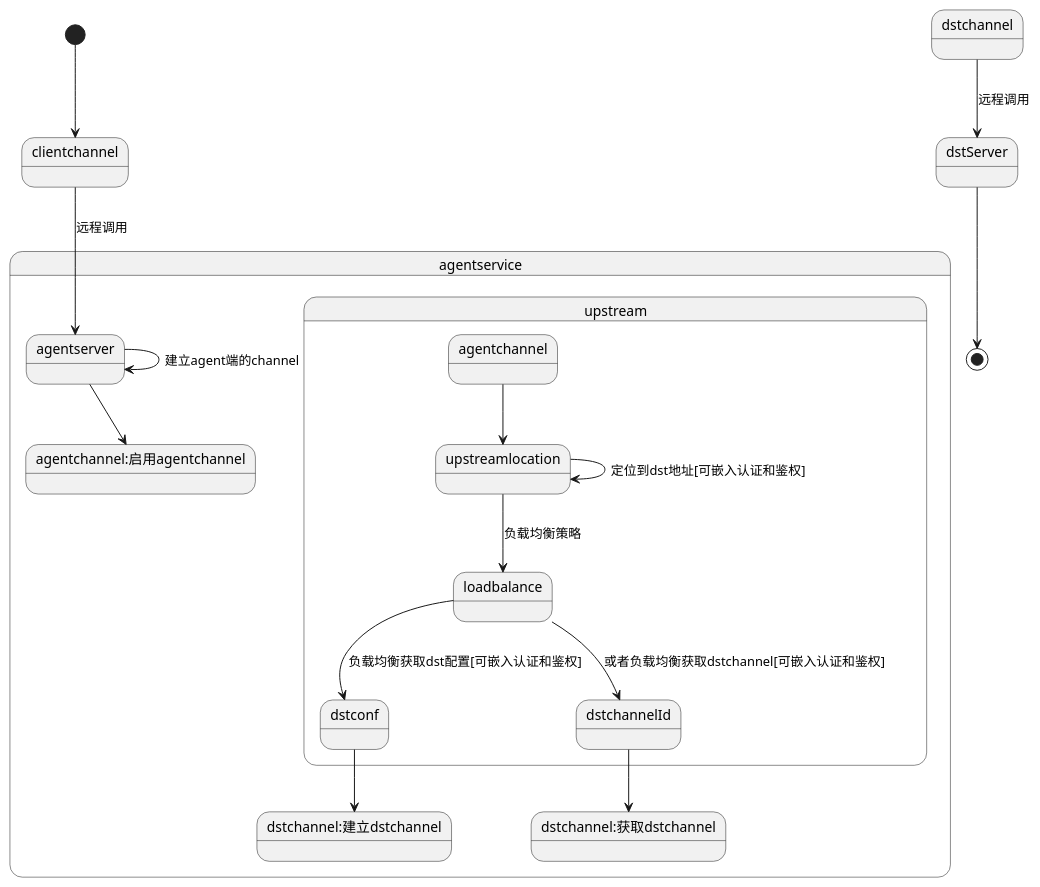
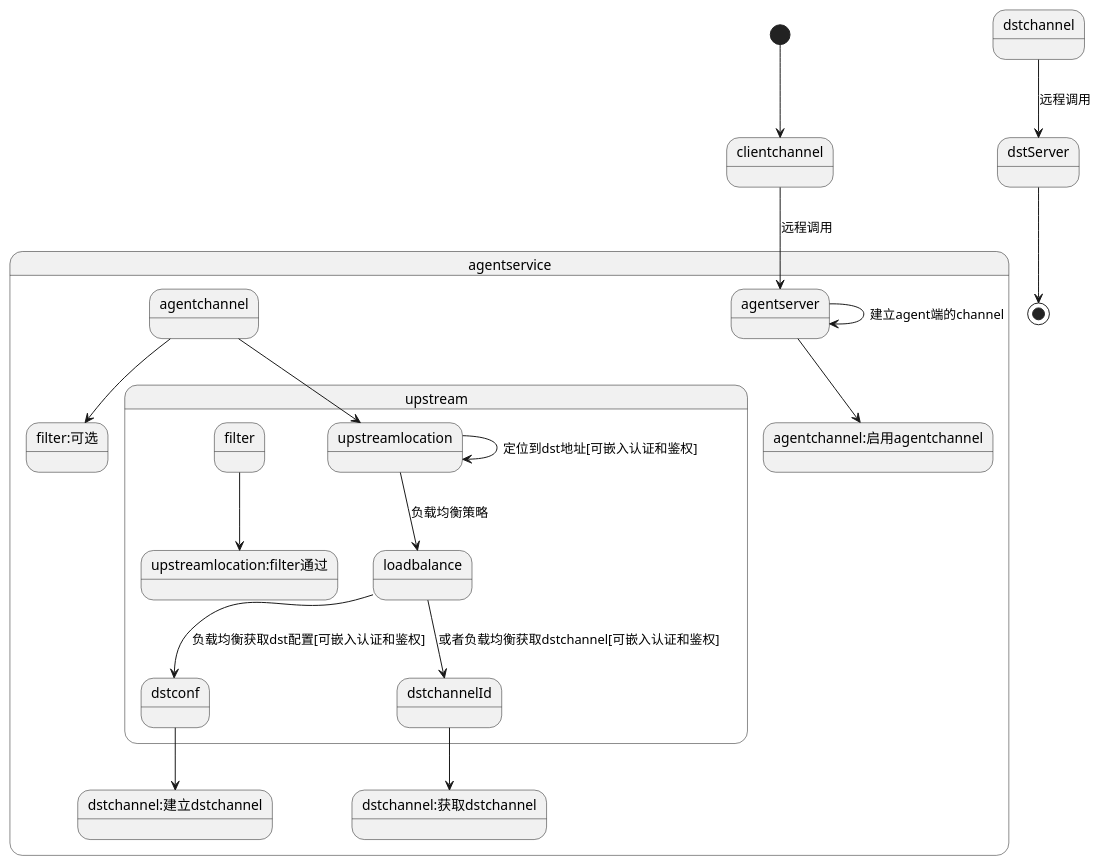
Before and after one commit to slive/gsfly-agent: the diagram in agent/agservice.puml, drawn with PlantUML. The commit also changed 4 other files, not shown here.

```diff
--- a/agent/agservice.puml
+++ b/agent/agservice.puml
@@ -1,21 +1,23 @@
 @startuml
 
 [*] --> clientchannel
 state agentservice{
     clientchannel-->agentserver :远程调用
     agentserver-->agentserver :建立agent端的channel
     agentserver --> agentchannel:启用agentchannel
+    agentchannel --> filter:可选
     state upstream{
         agentchannel --> upstreamlocation
+        filter -->upstreamlocation:filter通过
         upstreamlocation--> upstreamlocation :定位到dst地址[可嵌入认证和鉴权]
         upstreamlocation --> loadbalance :负载均衡策略
         loadbalance-->dstconf :负载均衡获取dst配置[可嵌入认证和鉴权]
         loadbalance-->dstchannelId :或者负载均衡获取dstchannel[可嵌入认证和鉴权]
     }
     dstchannelId-->dstchannel:获取dstchannel
     dstconf-->dstchannel:建立dstchannel
 }
 dstchannel --> dstServer :远程调用
 dstServer-->[*]
 
 @enduml
```
